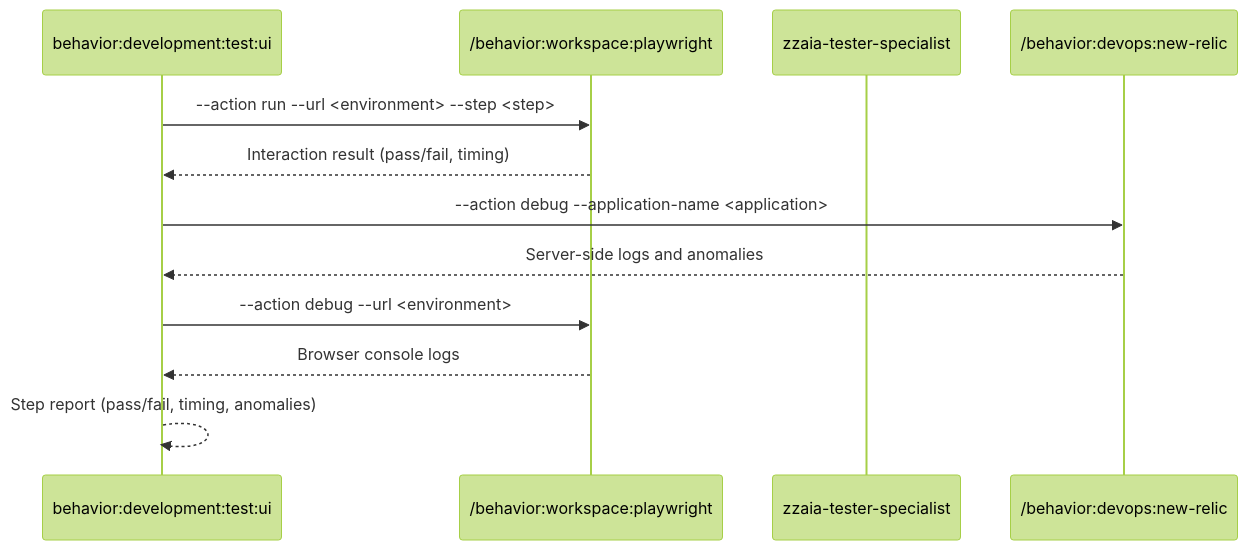
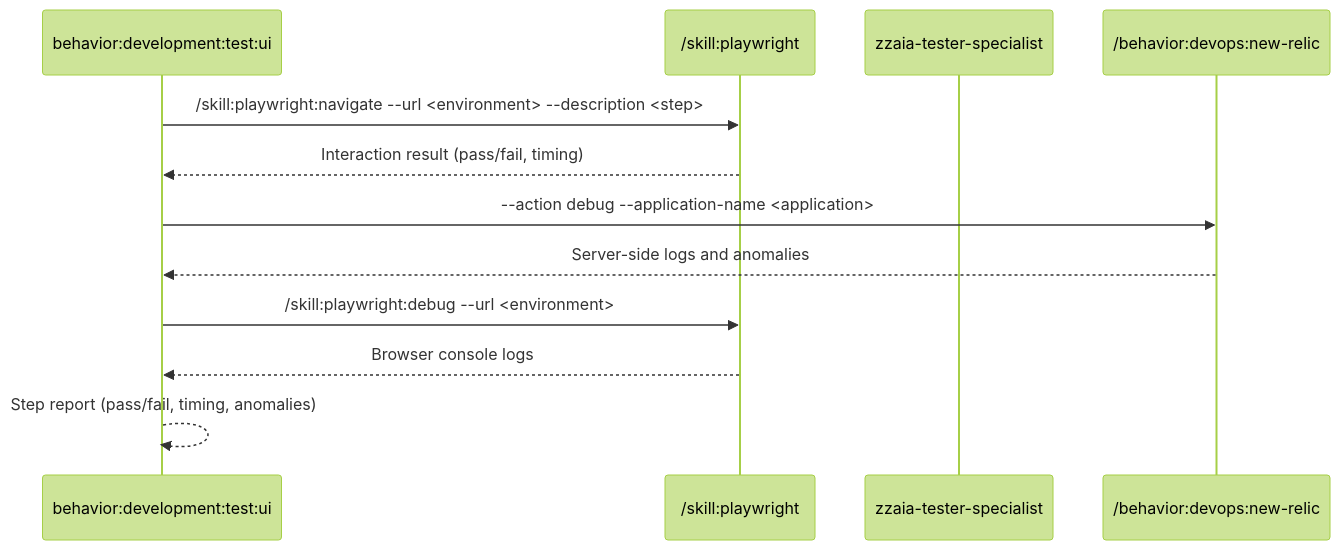
Before and after one commit to zzaia/zzaia-agentic-workspace: the diagram in .claude/commands/behavior/development/test/ui/SKILL.md, drawn with Mermaid (forest theme). The commit also changed other lines of this file and 11 other files, not shown here.

````diff
--- a/.claude/commands/behavior/development/test/ui/SKILL.md
+++ b/.claude/commands/behavior/development/test/ui/SKILL.md
@@ -53,15 +53,15 @@
 ```mermaid
 sequenceDiagram
     participant C as behavior:development:test:ui
-    participant PW as /behavior:workspace:playwright
+    participant PW as /skill:playwright
     participant TS as zzaia-tester-specialist
     participant NR as /behavior:devops:new-relic
 
-    C->>PW: --action run --url <environment> --step <step>
+    C->>PW: /skill:playwright:navigate --url <environment> --description <step>
     PW-->>C: Interaction result (pass/fail, timing)
     C->>NR: --action debug --application-name <application>
     NR-->>C: Server-side logs and anomalies
-    C->>PW: --action debug --url <environment>
+    C->>PW: /skill:playwright:debug --url <environment>
     PW-->>C: Browser console logs
     C-->>C: Step report (pass/fail, timing, anomalies)
 ```
````
